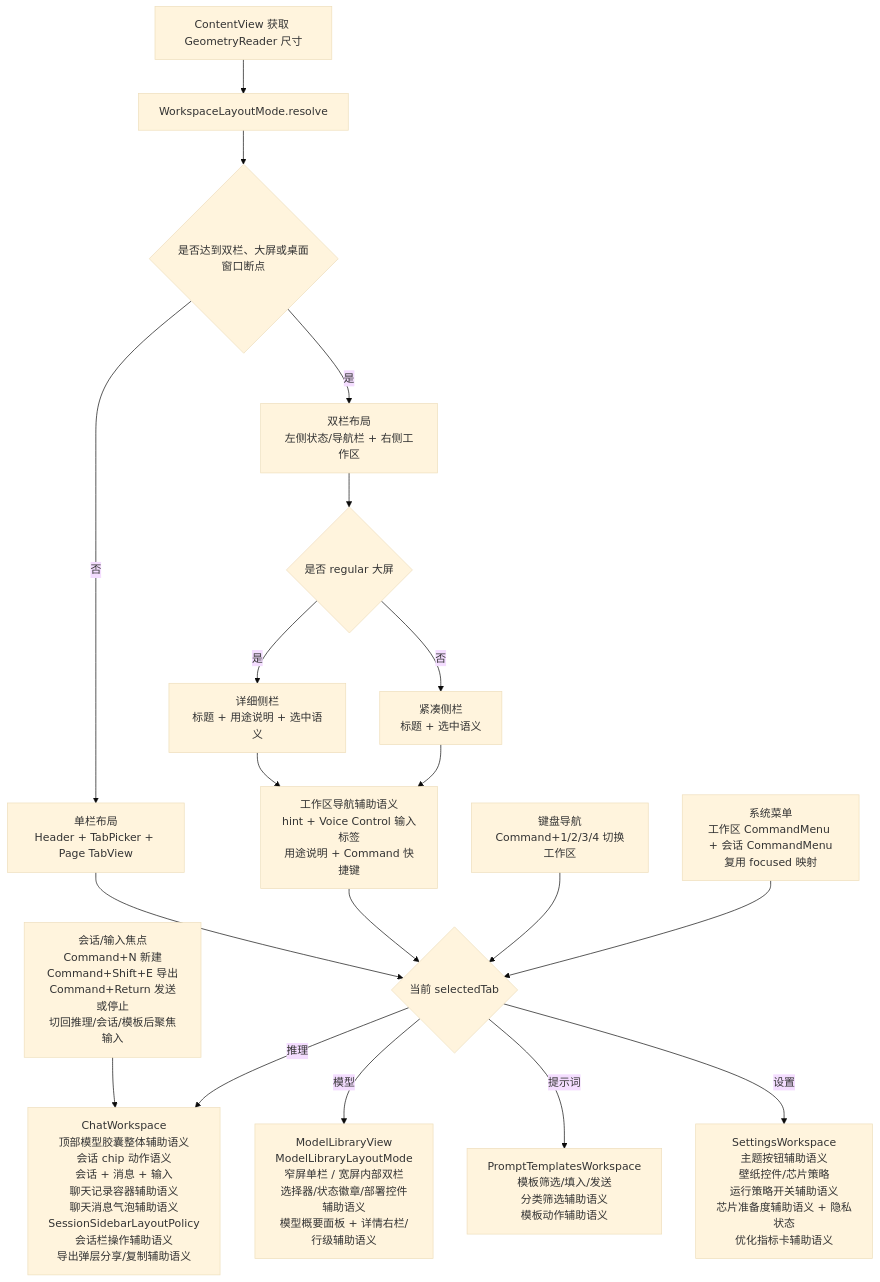
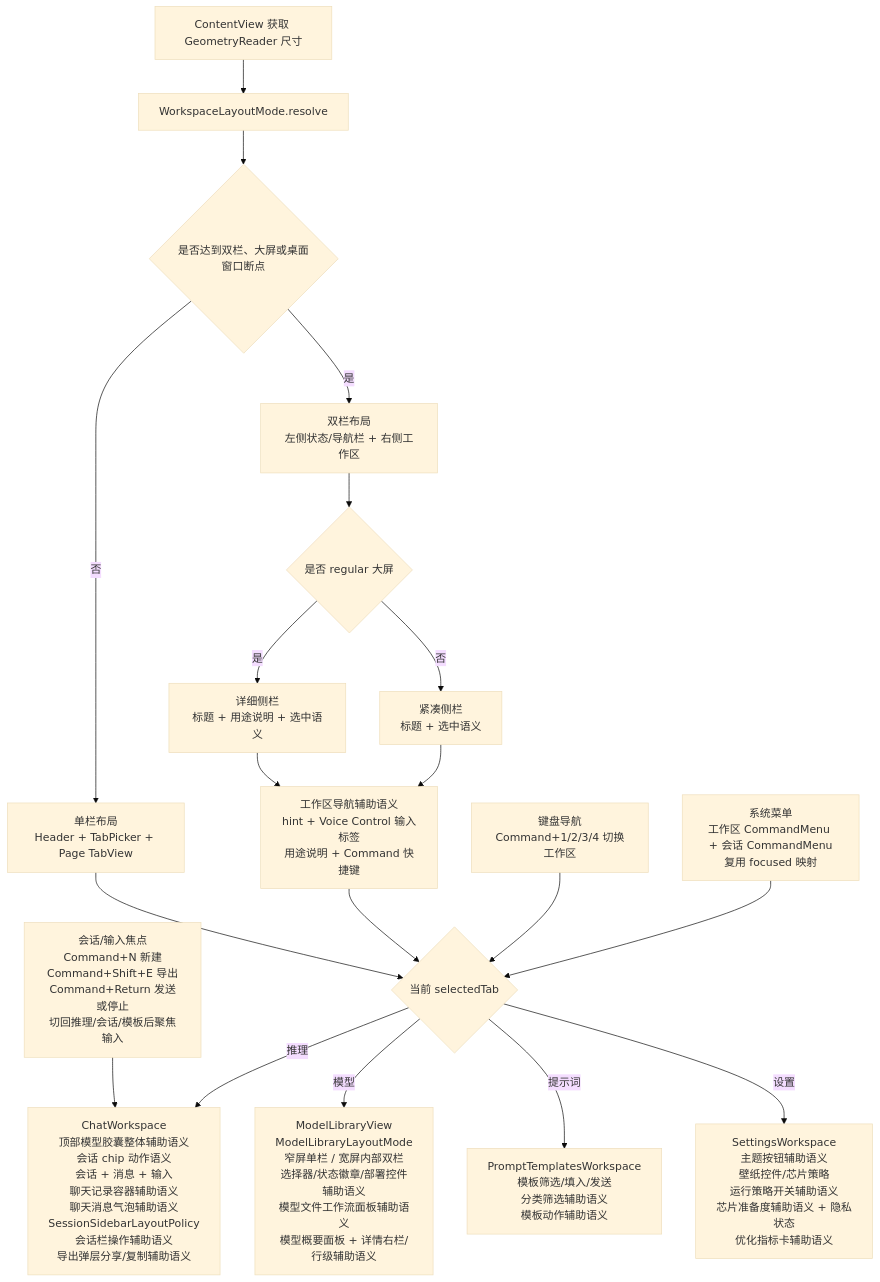
One commit to Altman-sam114/113 changed the fourth of 9 diagrams in md/flow/flowchart.md. Above: the diagram before and after it, drawn with Mermaid (base theme). The commit also changed other lines of this file and 8 other files, not shown here.

````diff
--- a/md/flow/flowchart.md
+++ b/md/flow/flowchart.md
@@ -68,21 +68,21 @@
 ```mermaid
 flowchart TD
     A[ContentView 获取 GeometryReader 尺寸] --> B[WorkspaceLayoutMode.resolve]
     B --> C{是否达到双栏、大屏或桌面窗口断点}
     C -- 否 --> D[单栏布局<br/>Header + TabPicker + Page TabView]
     C -- 是 --> E[双栏布局<br/>左侧状态/导航栏 + 右侧工作区]
     E --> N{是否 regular 大屏}
     N -- 是 --> O[详细侧栏<br/>标题 + 用途说明 + 选中语义]
     N -- 否 --> P[紧凑侧栏<br/>标题 + 选中语义]
     D --> F{当前 selectedTab}
     O --> X[工作区导航辅助语义<br/>hint + Voice Control 输入标签<br/>用途说明 + Command 快捷键]
     P --> X
     X --> F
     K[键盘导航<br/>Command+1/2/3/4 切换工作区] --> F
     M[系统菜单<br/>工作区 CommandMenu + 会话 CommandMenu<br/>复用 focused 映射] --> F
     L[会话/输入焦点<br/>Command+N 新建<br/>Command+Shift+E 导出<br/>Command+Return 发送或停止<br/>切回推理/会话/模板后聚焦输入] --> G
     F -- 推理 --> G[ChatWorkspace<br/>顶部模型胶囊整体辅助语义<br/>会话 chip 动作语义<br/>会话 + 消息 + 输入<br/>聊天记录容器辅助语义<br/>聊天消息气泡辅助语义<br/>SessionSidebarLayoutPolicy<br/>会话栏操作辅助语义<br/>导出弹层分享/复制辅助语义]
-    F -- 模型 --> H[ModelLibraryView<br/>ModelLibraryLayoutMode<br/>窄屏单栏 / 宽屏内部双栏<br/>选择器/状态徽章/部署控件辅助语义<br/>模型概要面板 + 详情右栏/行级辅助语义]
+    F -- 模型 --> H[ModelLibraryView<br/>ModelLibraryLayoutMode<br/>窄屏单栏 / 宽屏内部双栏<br/>选择器/状态徽章/部署控件辅助语义<br/>模型文件工作流面板辅助语义<br/>模型概要面板 + 详情右栏/行级辅助语义]
     F -- 提示词 --> I[PromptTemplatesWorkspace<br/>模板筛选/填入/发送<br/>分类筛选辅助语义<br/>模板动作辅助语义]
     F -- 设置 --> J[SettingsWorkspace<br/>主题按钮辅助语义<br/>壁纸控件/芯片策略<br/>运行策略开关辅助语义<br/>芯片准备度辅助语义 + 隐私状态<br/>优化指标卡辅助语义]
 ```
````
